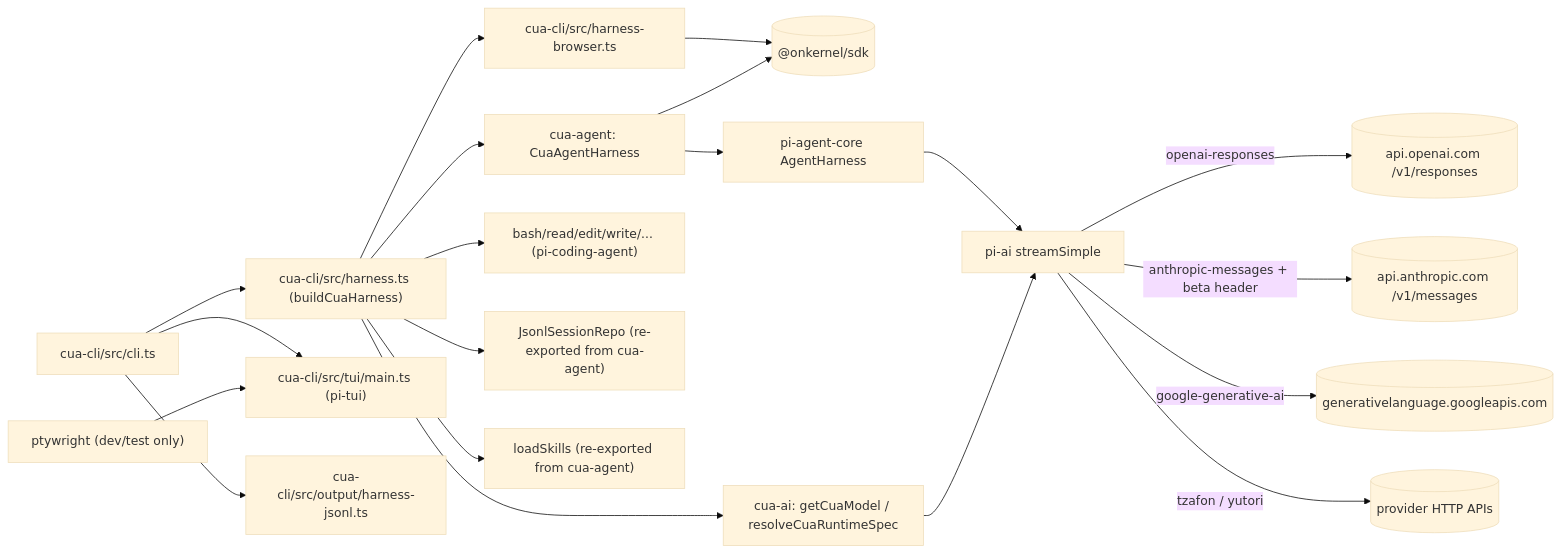
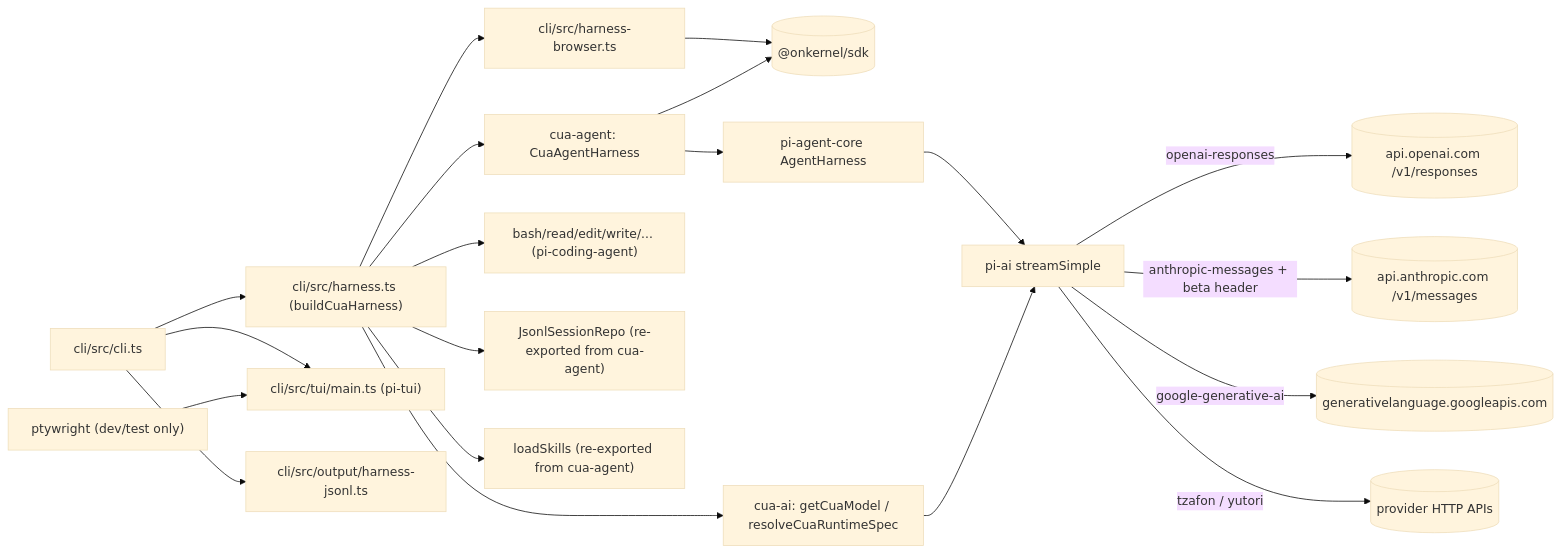
One commit to kernel/cua changed the second of 2 diagrams in docs/architecture.md. Above: the diagram before and after it, drawn with Mermaid (base theme). The commit also changed other lines of this file and 47 other files, not shown here.

First line of the commit message:
Rename packages/cua-cli to packages/cli (#26)

````diff
--- a/docs/architecture.md
+++ b/docs/architecture.md
@@ -233,23 +233,23 @@
 ```mermaid
 flowchart LR
-  cli["cua-cli/src/cli.ts"]
-  cli --> harness["cua-cli/src/harness.ts (buildCuaHarness)"]
-  harness --> browserMod["cua-cli/src/harness-browser.ts"]
+  cli["cli/src/cli.ts"]
+  cli --> harness["cli/src/harness.ts (buildCuaHarness)"]
+  harness --> browserMod["cli/src/harness-browser.ts"]
   browserMod --> sdk[("@onkernel/sdk")]
   harness --> agentPkg["cua-agent: CuaAgentHarness"]
   agentPkg --> piHarness["pi-agent-core AgentHarness"]
   piHarness --> piAi["pi-ai streamSimple"]
   piAi -->|"openai-responses"| openai[("api.openai.com /v1/responses")]
   piAi -->|"anthropic-messages + beta header"| anthro[("api.anthropic.com /v1/messages")]
   piAi -->|"google-generative-ai"| gemini[("generativelanguage.googleapis.com")]
   piAi -->|"tzafon / yutori"| others[("provider HTTP APIs")]
   agentPkg --> sdk
   harness --> aiPkg["cua-ai: getCuaModel / resolveCuaRuntimeSpec"]
   aiPkg --> piAi
   harness --> coding["bash/read/edit/write/... (pi-coding-agent)"]
   harness --> sessions["JsonlSessionRepo (re-exported from cua-agent)"]
   harness --> skillsMod["loadSkills (re-exported from cua-agent)"]
-  cli --> tui["cua-cli/src/tui/main.ts (pi-tui)"]
-  cli --> jsonl["cua-cli/src/output/harness-jsonl.ts"]
+  cli --> tui["cli/src/tui/main.ts (pi-tui)"]
+  cli --> jsonl["cli/src/output/harness-jsonl.ts"]
   pty["ptywright (dev/test only)"] --> tui
 ```
````
